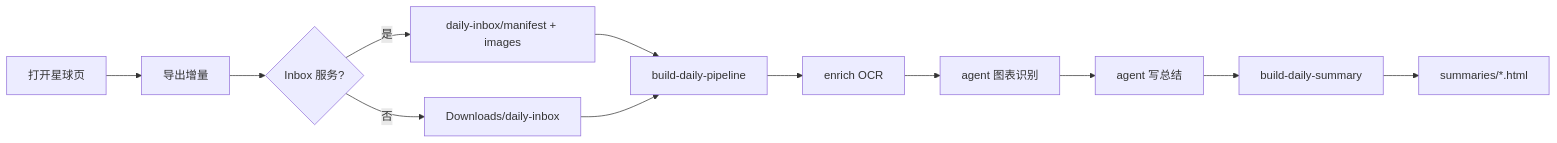
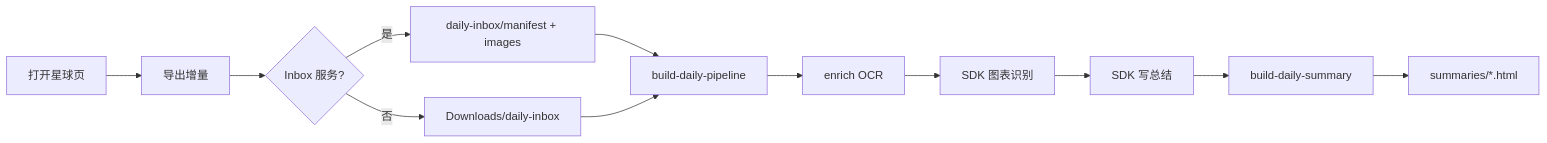
The diagram in docs/DAILY-PIPELINE.md (shijianzhiwai/ZSXQ-AI-Explainer), drawn with Mermaid before and after one commit. The commit also changed other lines of this file and 12 other files, not shown here.

First line of the commit message:
Switch daily pipeline agents from Cursor CLI to the local Agent SDK.

````diff
--- a/docs/DAILY-PIPELINE.md
+++ b/docs/DAILY-PIPELINE.md
@@ -7,14 +7,14 @@
 ```mermaid
 flowchart LR
   A[打开星球页] --> B[导出增量]
   B --> C{Inbox 服务?}
   C -->|是| D[daily-inbox/manifest + images]
   C -->|否| D2[Downloads/daily-inbox]
   D --> E[build-daily-pipeline]
   D2 --> E
   E --> F[enrich OCR]
-  F --> G[agent 图表识别]
-  G --> H[agent 写总结]
+  F --> G[SDK 图表识别]
+  G --> H[SDK 写总结]
   H --> I[build-daily-summary]
   I --> J[summaries/*.html]
 ```
````
